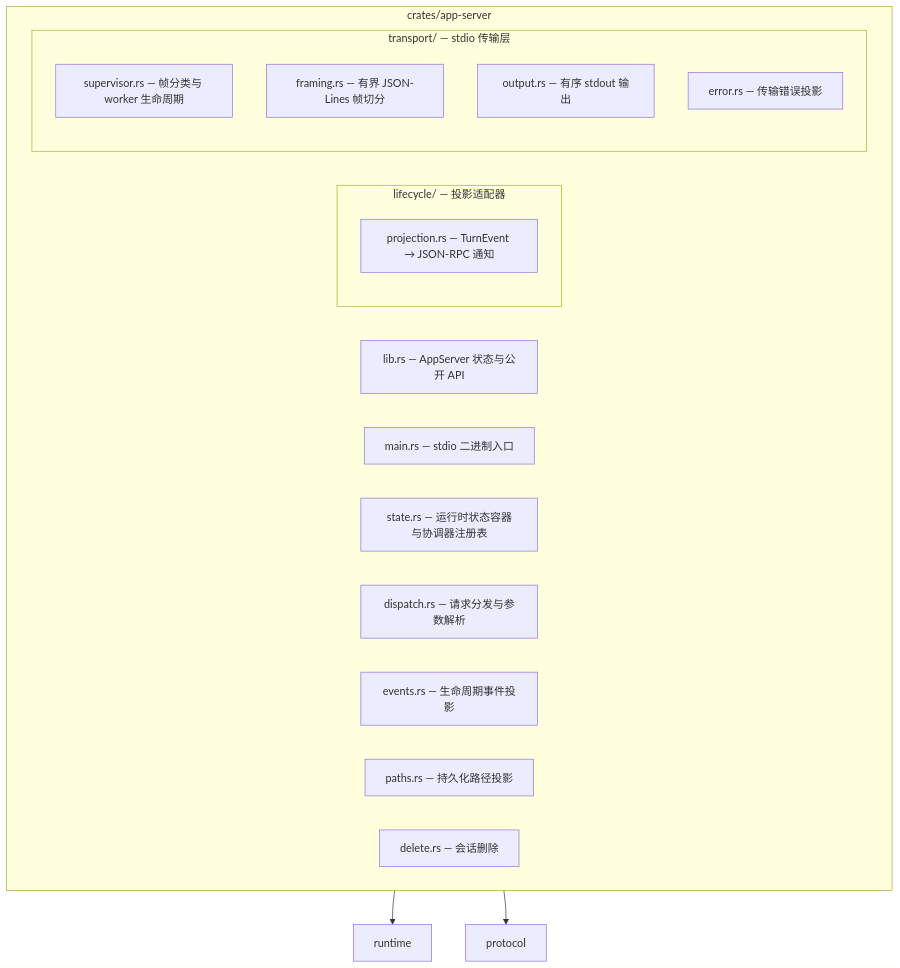
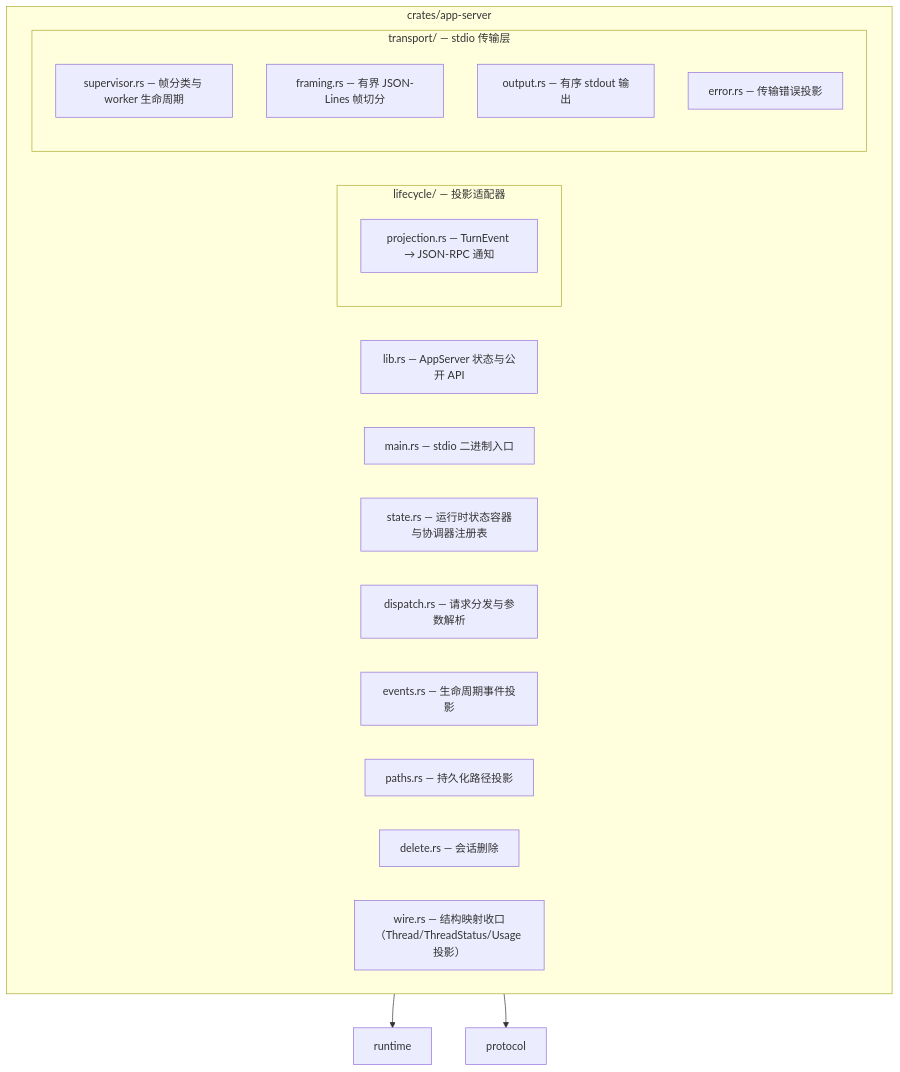
The ninth of 10 diagrams in docs/repository-map.md (qjcnmd/singularity-agent), drawn with Mermaid before and after one commit. The commit also changed other lines of this file and 1 other file, not shown here.

Commit message:
docs: 同步工具落盘/结构映射/变更队列事实【尾】
新增：
- docs/singularity.md §4：edit/write 原子替换与变更队列段落（E13）
- docs/repository-map.md：tools/mutation.rs 与 app-server wire.rs 节点

复用：
- §5 usage/消息描述与 E16 枚举化 wire 一致（逐字节不变，无需改）；
  §8 TUI 契约行为不变（session_tokens 只是内部持型变化）

````diff
--- a/docs/repository-map.md
+++ b/docs/repository-map.md
@@ -215,23 +216,24 @@
 ```mermaid
 flowchart TD
     subgraph appserver["crates/app-server"]
         lib["lib.rs — AppServer 状态与公开 API"]
         main["main.rs — stdio 二进制入口"]
         state["state.rs — 运行时状态容器与协调器注册表"]
         dispatch["dispatch.rs — 请求分发与参数解析"]
         events["events.rs — 生命周期事件投影"]
         paths["paths.rs — 持久化路径投影"]
         delete["delete.rs — 会话删除"]
+        wire["wire.rs — 结构映射收口（Thread/ThreadStatus/Usage 投影）"]
         subgraph lifecycle["lifecycle/ — 投影适配器"]
             projection["projection.rs — TurnEvent → JSON-RPC 通知"]
         end
         subgraph transport["transport/ — stdio 传输层"]
             sup["supervisor.rs — 帧分类与 worker 生命周期"]
             framing["framing.rs — 有界 JSON-Lines 帧切分"]
             output["output.rs — 有序 stdout 输出"]
             terr["error.rs — 传输错误投影"]
         end
     end
     appserver --> runtime["runtime"]
     appserver --> protocol["protocol"]
 ```
````
